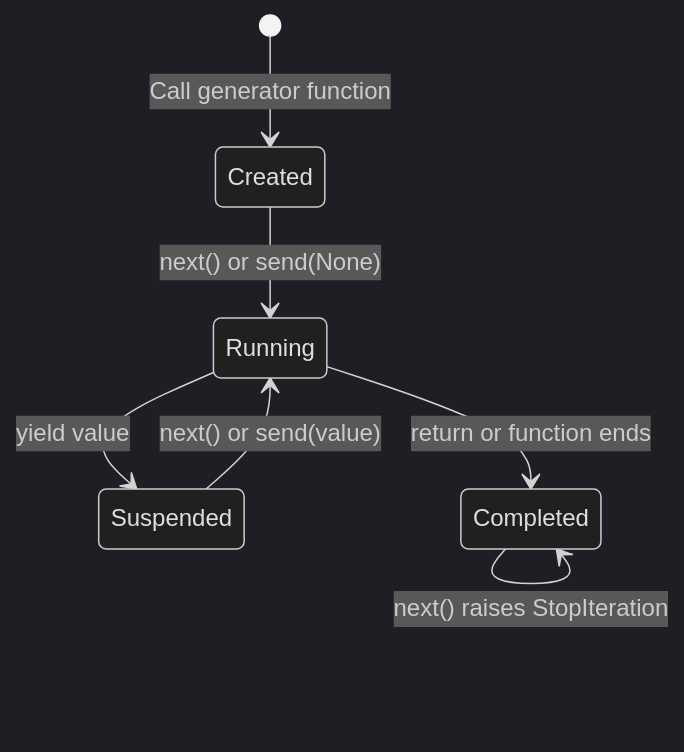
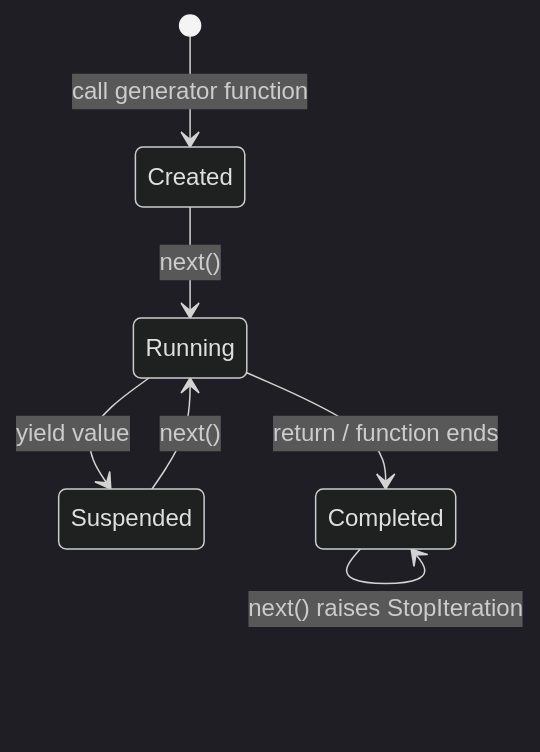
One commit to AvadhBhalodiya/Interview-Preparation changed the second of 4 diagrams in src/content/python/generators-iterators-yield.md. Above: the diagram before and after it, drawn with Mermaid (dark theme). The commit also changed other lines of this file and 80 other files, not shown here.

````diff
--- a/src/content/python/generators-iterators-yield.md
+++ b/src/content/python/generators-iterators-yield.md
@@ -312,9 +149,9 @@
 ```mermaid
 stateDiagram-v2
-    [*] --> Created: Call generator function
-    Created --> Running: next() or send(None)
+    [*] --> Created: call generator function
+    Created --> Running: next()
     Running --> Suspended: yield value
-    Suspended --> Running: next() or send(value)
-    Running --> Completed: return or function ends
+    Suspended --> Running: next()
+    Running --> Completed: return / function ends
     Completed --> Completed: next() raises StopIteration
 ```
````
